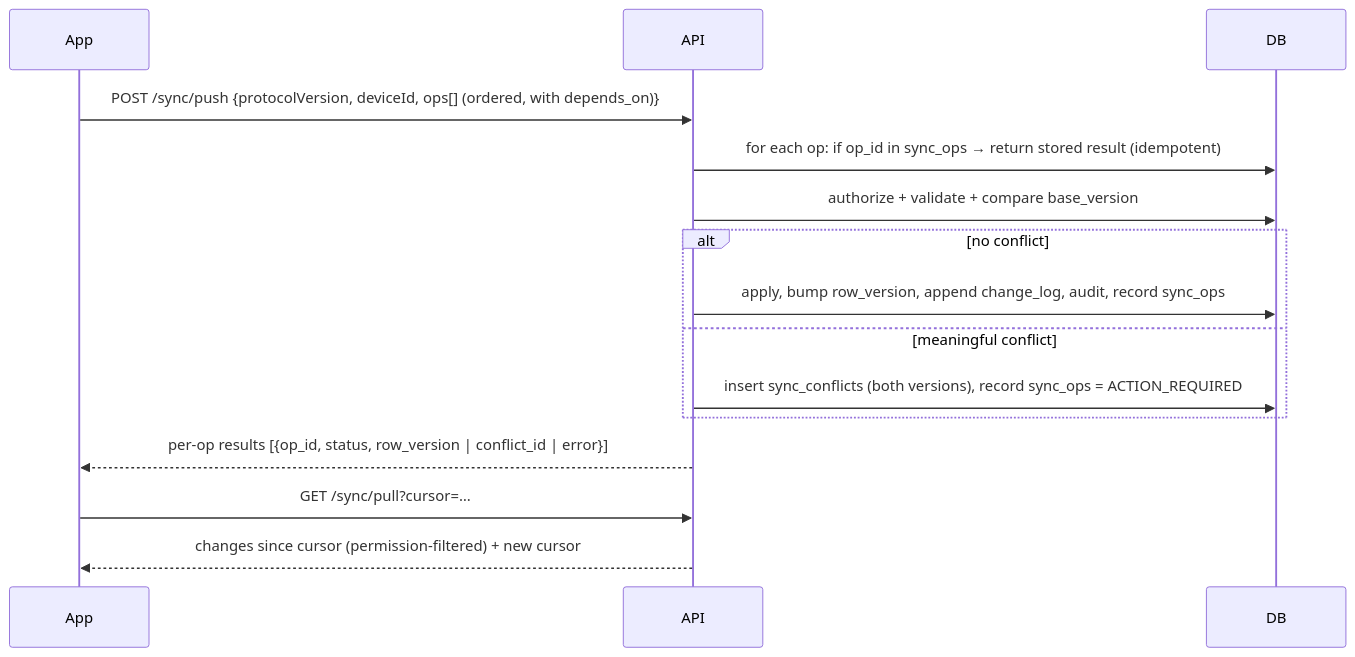
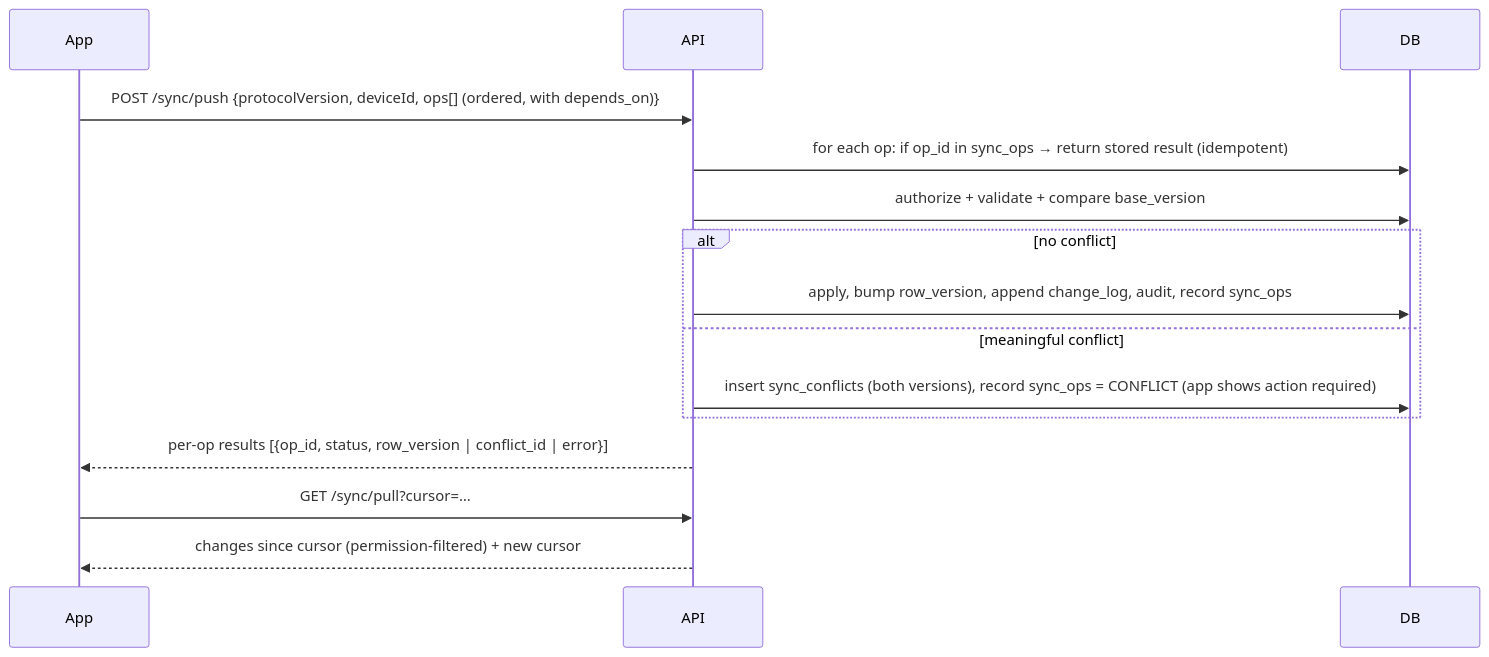
One commit to TayybaYaseen/Hifz-Amanah changed the second of 3 diagrams in docs/ARCHITECTURE.md. Above: the diagram before and after it, drawn with Mermaid. The commit also changed other lines of this file and 6 other files, not shown here.

Commit message:
docs(f12): sync READMEs, ADR-015 sync protocol, ADR-016 RLS pattern, ARCHITECTURE and F12 status

````diff
--- a/docs/ARCHITECTURE.md
+++ b/docs/ARCHITECTURE.md
@@ -460,17 +475,17 @@
 ```mermaid
 sequenceDiagram
   participant App
   participant API
   participant DB
   App->>API: POST /sync/push {protocolVersion, deviceId, ops[] (ordered, with depends_on)}
   API->>DB: for each op: if op_id in sync_ops → return stored result (idempotent)
   API->>DB: authorize + validate + compare base_version
   alt no conflict
     API->>DB: apply, bump row_version, append change_log, audit, record sync_ops
   else meaningful conflict
-    API->>DB: insert sync_conflicts (both versions), record sync_ops = ACTION_REQUIRED
+    API->>DB: insert sync_conflicts (both versions), record sync_ops = CONFLICT (app shows action required)
   end
   API-->>App: per-op results [{op_id, status, row_version | conflict_id | error}]
   App->>API: GET /sync/pull?cursor=…
   API-->>App: changes since cursor (permission-filtered) + new cursor
 ```
````
